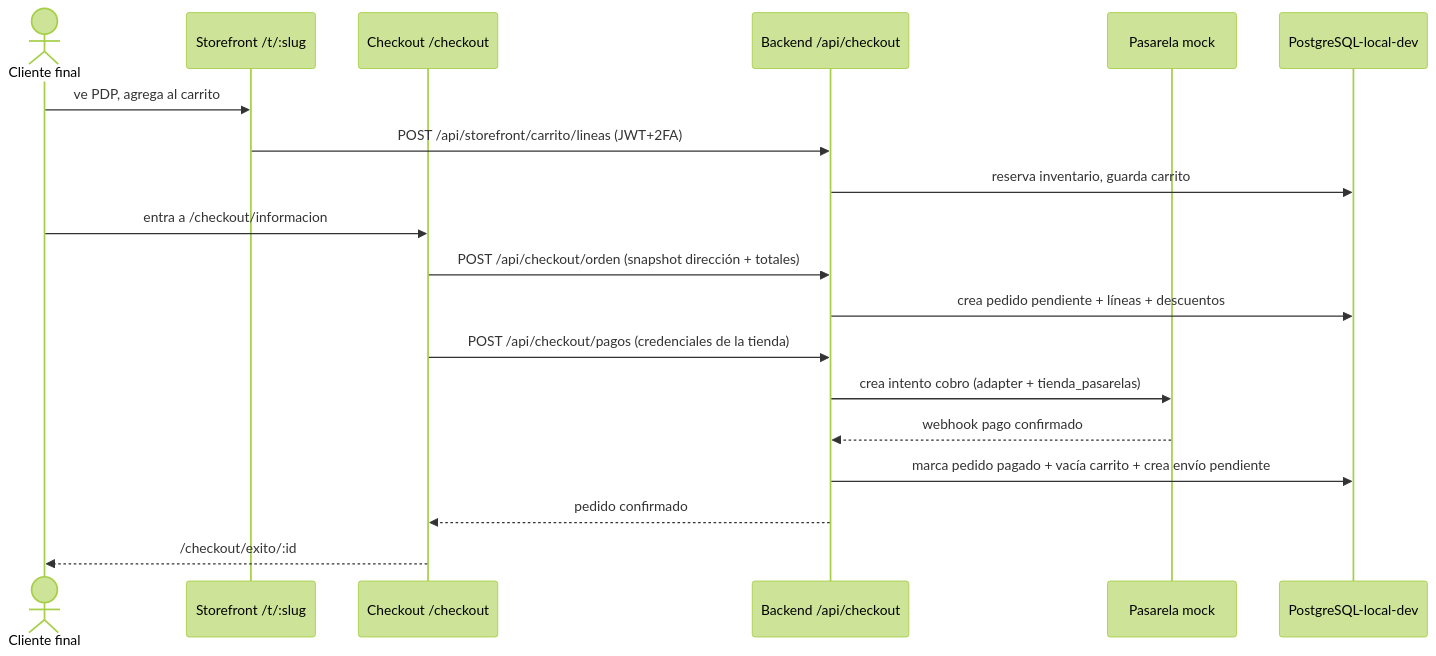
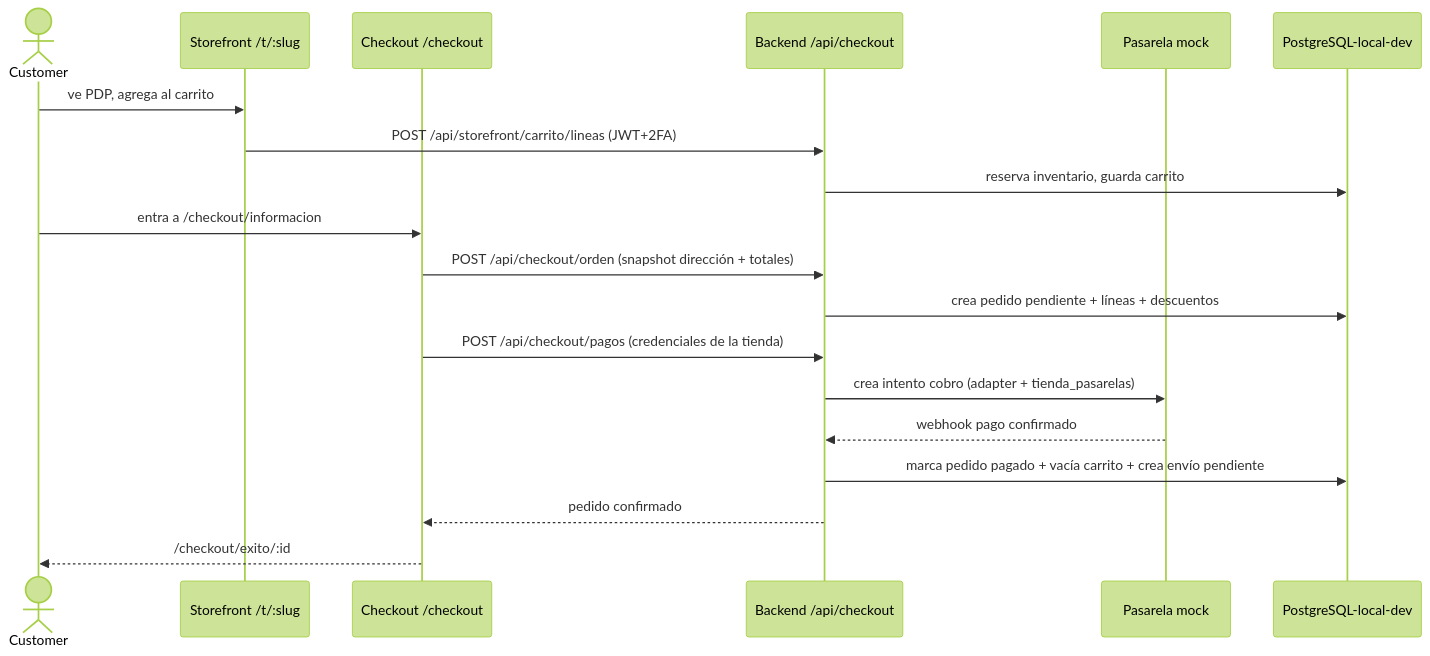
One commit to LeandroPacsiM/shopify-backend changed the third of 4 diagrams in diagramas/01-arquitectura-frontend.md. Above: the diagram before and after it, drawn with Mermaid (forest theme). The commit also changed other lines of this file and 21 other files, not shown here.

First line of the commit message:
F0: terminologia canonica ADR-016 en docs y diagramas

````diff
--- a/diagramas/01-arquitectura-frontend.md
+++ b/diagramas/01-arquitectura-frontend.md
@@ -146,22 +146,22 @@
 ```mermaid
 sequenceDiagram
-    actor C as Cliente final
+    actor C as Customer
     participant S as Storefront /t/:slug
     participant K as Checkout /checkout
     participant B as Backend /api/checkout
     participant P as Pasarela mock
     participant D as PostgreSQL-local-dev
 
     C->>S: ve PDP, agrega al carrito
     S->>B: POST /api/storefront/carrito/lineas (JWT+2FA)
     B->>D: reserva inventario, guarda carrito
     C->>K: entra a /checkout/informacion
     K->>B: POST /api/checkout/orden (snapshot dirección + totales)
     B->>D: crea pedido pendiente + líneas + descuentos
     K->>B: POST /api/checkout/pagos (credenciales de la tienda)
     B->>P: crea intento cobro (adapter + tienda_pasarelas)
     P-->>B: webhook pago confirmado
     B->>D: marca pedido pagado + vacía carrito + crea envío pendiente
     B-->>K: pedido confirmado
     K-->>C: /checkout/exito/:id
 ```
````
